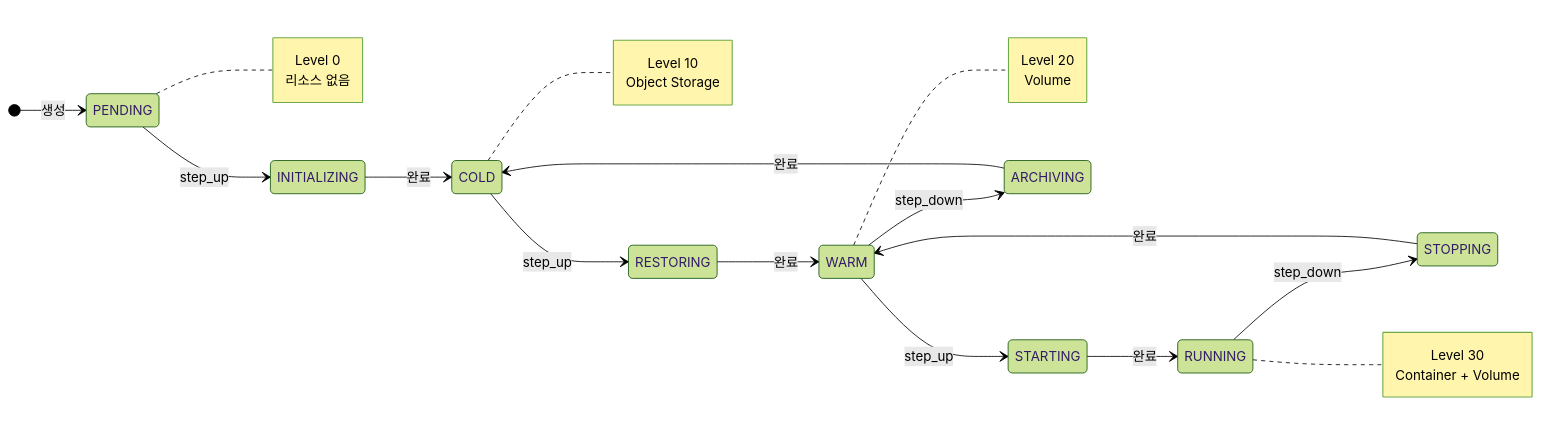
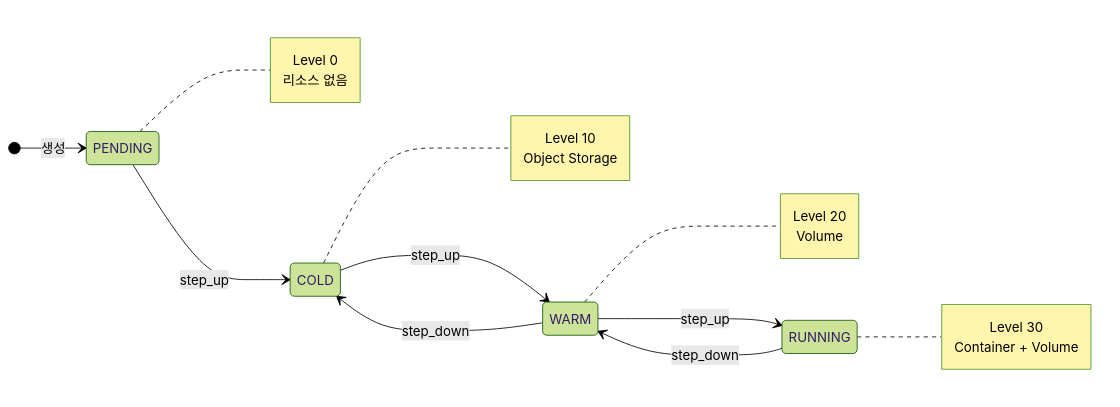
Before and after one commit to cagojeiger/code-hub: the first of 6 diagrams in docs/spec_v2/states.md, drawn with Mermaid (forest theme). The commit also changed other lines of this file and 4 other files, not shown here.

````diff
--- a/docs/spec_v2/states.md
+++ b/docs/spec_v2/states.md
@@ -62,26 +103,18 @@
 ```mermaid
 stateDiagram-v2
     direction LR
 
     [*] --> PENDING: 생성
 
-    PENDING --> INITIALIZING: step_up
-    INITIALIZING --> COLD: 완료
+    PENDING --> COLD: step_up
+    COLD --> WARM: step_up
+    WARM --> RUNNING: step_up
 
-    COLD --> RESTORING: step_up
-    RESTORING --> WARM: 완료
-
-    WARM --> STARTING: step_up
-    STARTING --> RUNNING: 완료
-
-    RUNNING --> STOPPING: step_down
-    STOPPING --> WARM: 완료
-
-    WARM --> ARCHIVING: step_down
-    ARCHIVING --> COLD: 완료
+    RUNNING --> WARM: step_down
+    WARM --> COLD: step_down
 
     note right of PENDING: Level 0<br/>리소스 없음
     note right of COLD: Level 10<br/>Object Storage
     note right of WARM: Level 20<br/>Volume
     note right of RUNNING: Level 30<br/>Container + Volume
 ```
````
